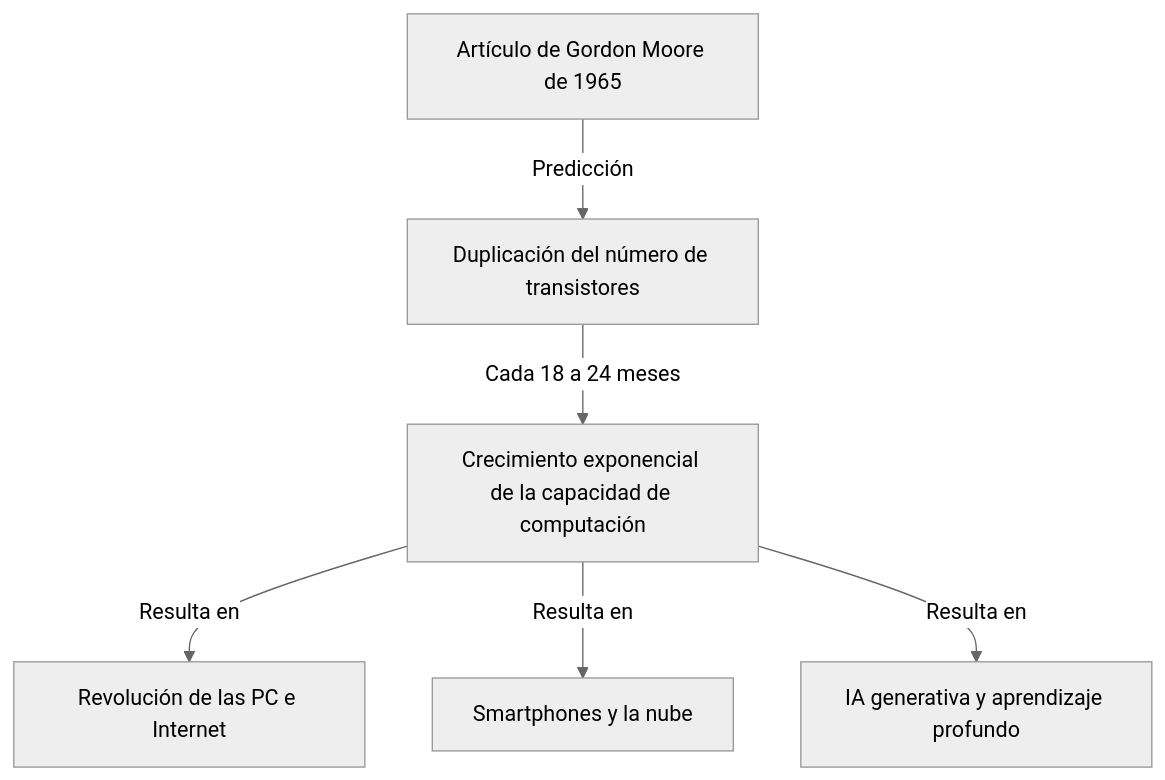
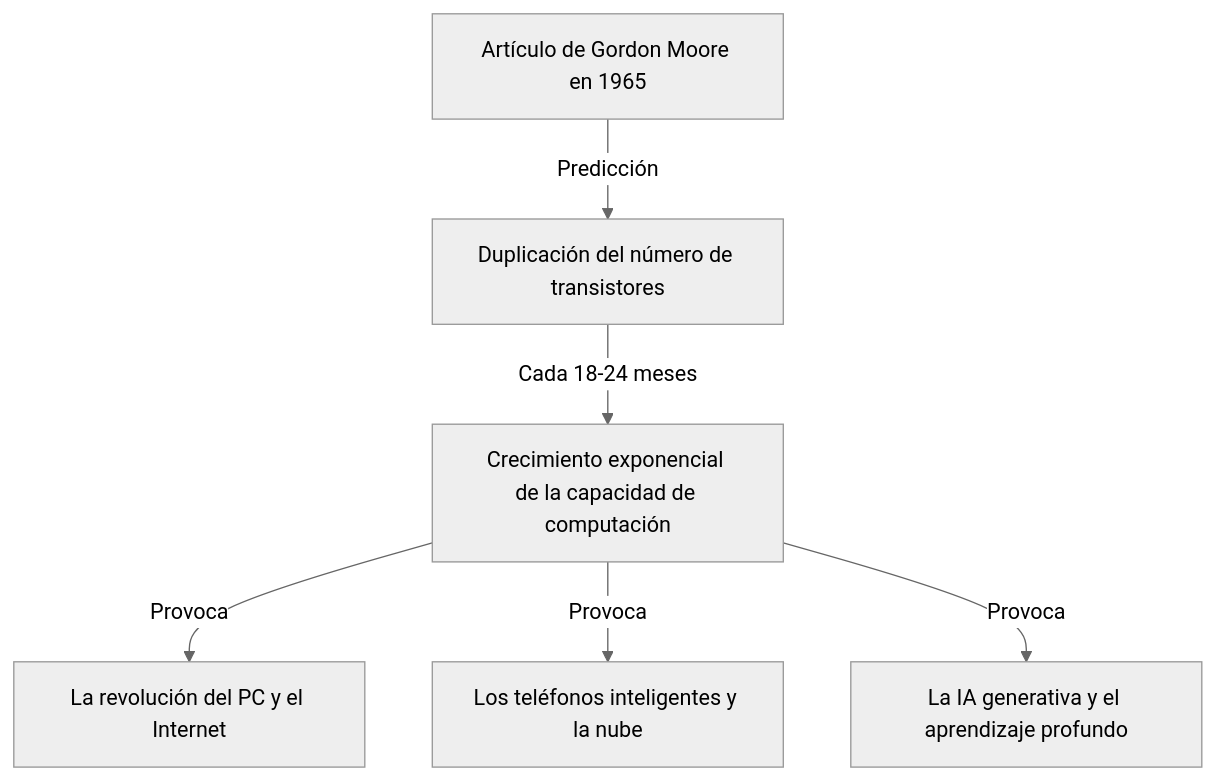
The first of 2 diagrams in content/post/business-moores-law/index.es.md (kenjinote/blog), drawn with Mermaid (neutral theme) before and after one commit. The commit also changed other lines of this file and 40 other files, not shown here.

````diff
--- a/content/post/business-moores-law/index.es.md
+++ b/content/post/business-moores-law/index.es.md
@@ -25,8 +25,8 @@
 ```mermaid
 graph TD
-    A["Artículo de Gordon Moore de 1965"] -- "Predicción" --> B["Duplicación del número de transistores"]
-    B -- "Cada 18 a 24 meses" --> C["Crecimiento exponencial de la capacidad de computación"]
-    C -- "Resulta en" --> D["Revolución de las PC e Internet"]
-    C -- "Resulta en" --> E["Smartphones y la nube"]
-    C -- "Resulta en" --> F["IA generativa y aprendizaje profundo"]
+    A["Artículo de Gordon Moore en 1965"] -- "Predicción" --> B["Duplicación del número de transistores"]
+    B -- "Cada 18-24 meses" --> C["Crecimiento exponencial de la capacidad de computación"]
+    C -- "Provoca" --> D["La revolución del PC y el Internet"]
+    C -- "Provoca" --> E["Los teléfonos inteligentes y la nube"]
+    C -- "Provoca" --> F["La IA generativa y el aprendizaje profundo"]
 ```
````
